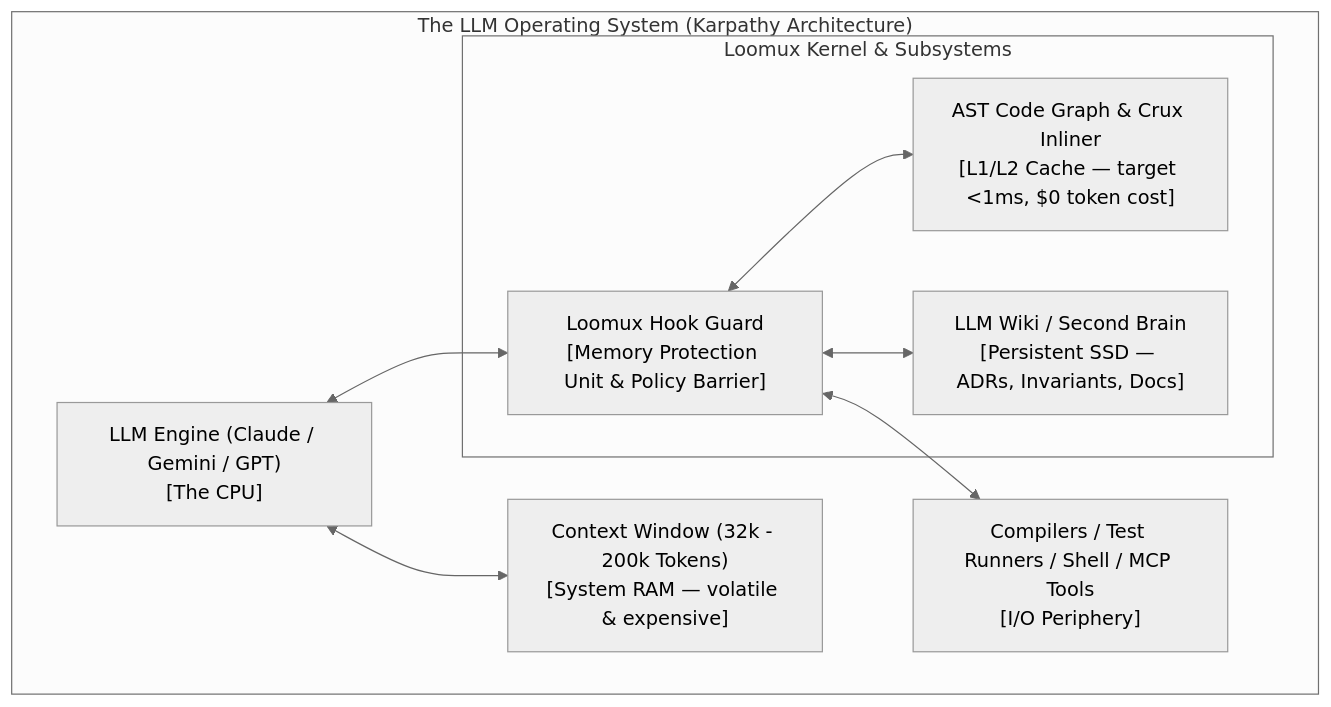
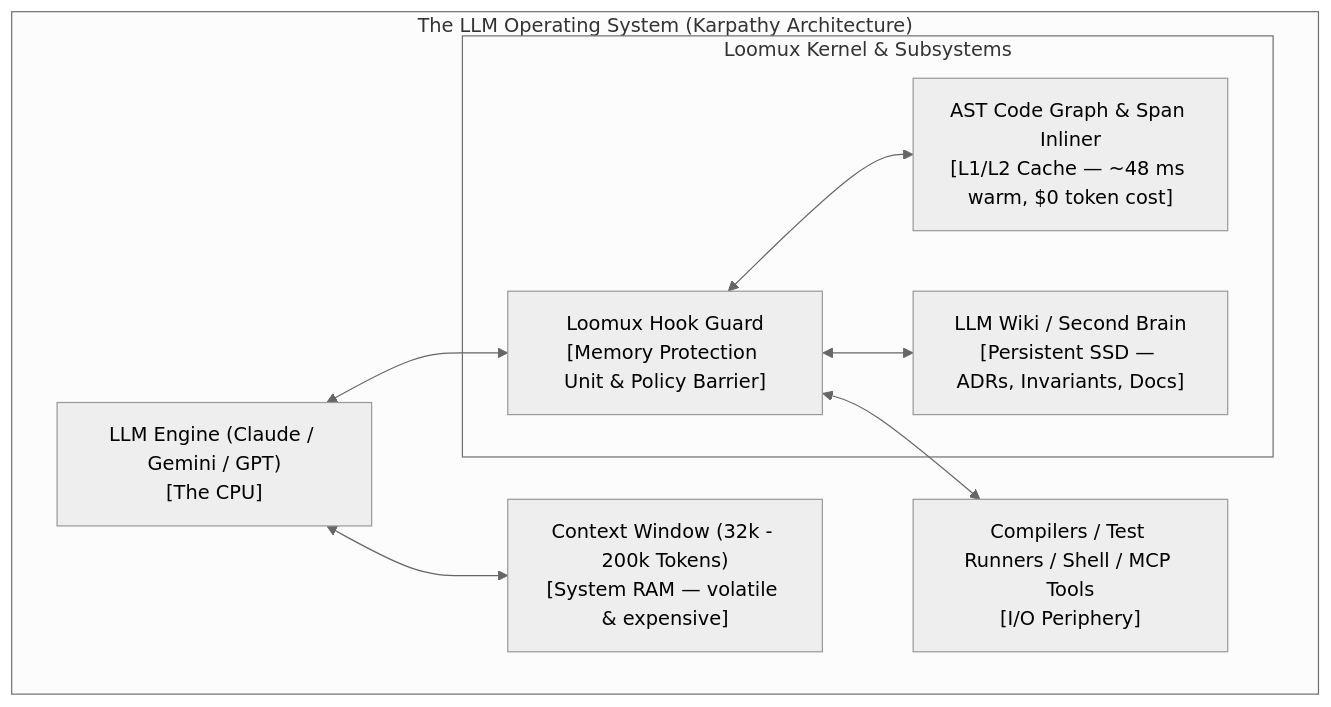
The second of 5 diagrams in docs/en/architecture.md (xidus90/loomux), drawn with Mermaid (neutral theme) before and after one commit. The commit also changed other lines of this file and 9 other files, not shown here.

````diff
--- a/docs/en/architecture.md
+++ b/docs/en/architecture.md
@@ -52,21 +52,21 @@
 ```mermaid
 flowchart TD
     subgraph LLM_OS["The LLM Operating System (Karpathy Architecture)"]
         CPU["LLM Engine (Claude / Gemini / GPT)<br/>[The CPU]"]
         RAM["Context Window (32k - 200k Tokens)<br/>[System RAM — volatile & expensive]"]
         
         subgraph Loomux_Kernel["Loomux Kernel & Subsystems"]
             MPU["Loomux Hook Guard<br/>[Memory Protection Unit & Policy Barrier]"]
-            L1["AST Code Graph & Crux Inliner<br/>[L1/L2 Cache — target <1ms, $0 token cost]"]
+            L1["AST Code Graph & Span Inliner<br/>[L1/L2 Cache — ~48 ms warm, $0 token cost]"]
             Disk["LLM Wiki / Second Brain<br/>[Persistent SSD — ADRs, Invariants, Docs]"]
         end
         
         Peripherals["Compilers / Test Runners / Shell / MCP Tools<br/>[I/O Periphery]"]
     end
     
     CPU <--> RAM
     CPU <--> MPU
     MPU <--> L1
     MPU <--> Disk
     MPU <--> Peripherals
 ```
````
